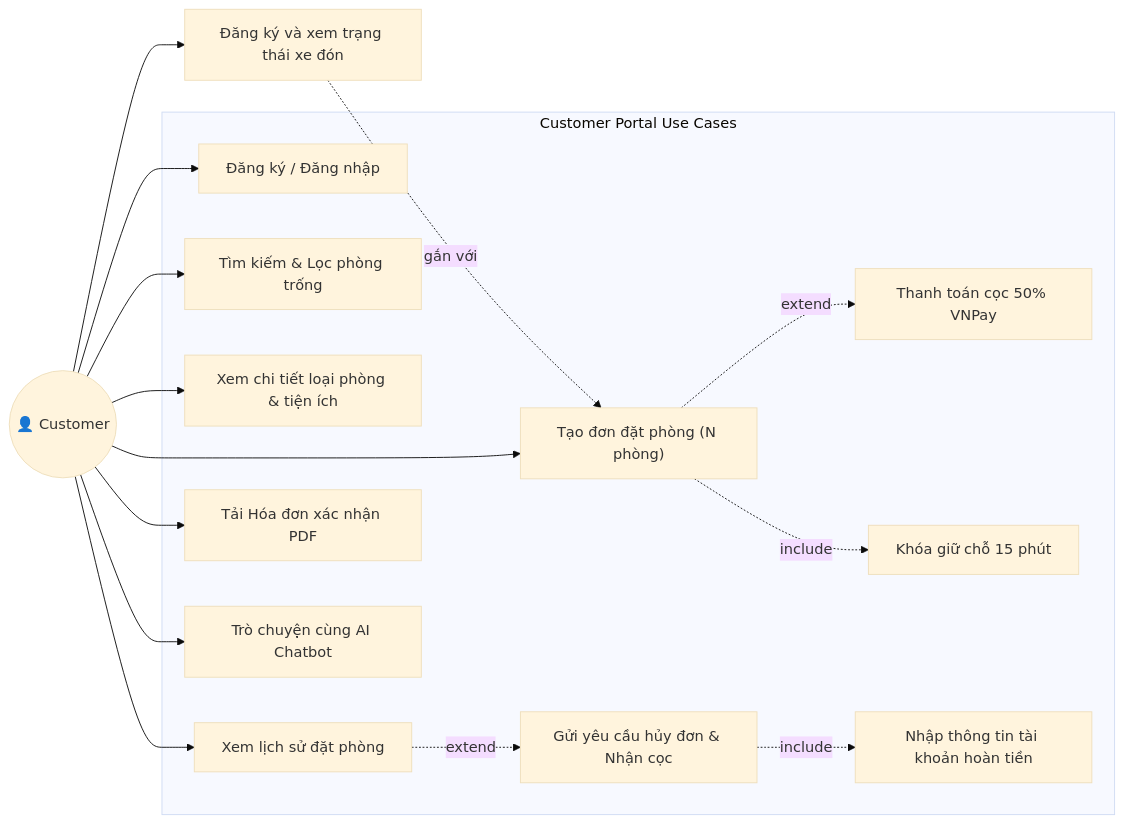
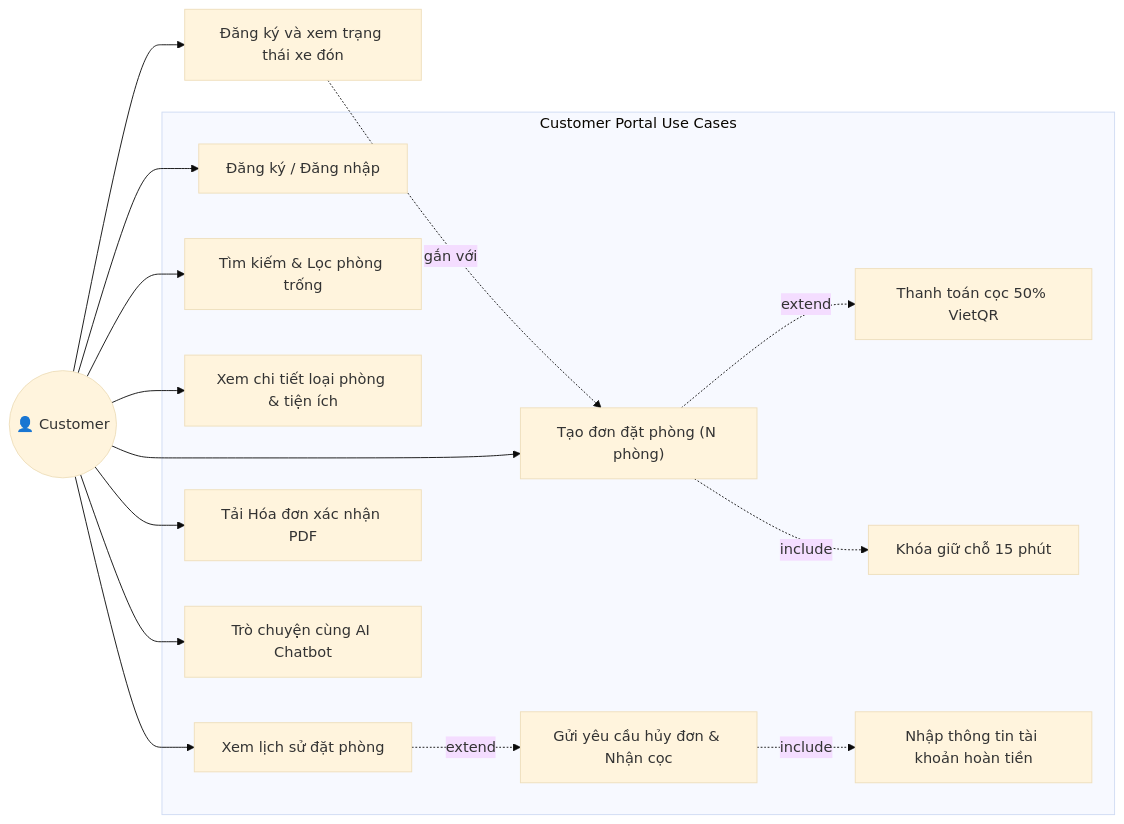
One commit to Huidinne/Hotel-Booking-System_HBS changed the second of 11 diagrams in docs/SRS.md. Above: the diagram before and after it, drawn with Mermaid (base theme). The commit also changed other lines of this file and 4 other files, not shown here.

````diff
--- a/docs/SRS.md
+++ b/docs/SRS.md
@@ -302,33 +302,33 @@
 ```mermaid
 graph LR
     Customer(("👤 Customer"))
 
     subgraph Customer_Portal["Customer Portal Use Cases"]
         UC_C1["Đăng ký / Đăng nhập"]
         UC_C2["Tìm kiếm & Lọc phòng trống"]
         UC_C3["Xem chi tiết loại phòng & tiện ích"]
         UC_C4["Tạo đơn đặt phòng (N phòng)"]
-        UC_C5["Thanh toán cọc 50% VNPay"]
+        UC_C5["Thanh toán cọc 50% VietQR"]
         UC_C6["Xem lịch sử đặt phòng"]
         UC_C7["Gửi yêu cầu hủy đơn & Nhận cọc"]
         UC_C8["Tải Hóa đơn xác nhận PDF"]
         UC_C9["Trò chuyện cùng AI Chatbot"]
         UC_C10["Khóa giữ chỗ 15 phút"]
         UC_C11["Nhập thông tin tài khoản hoàn tiền"]
     end
 
     Customer --> UC_C1
     Customer --> UC_C2
     Customer --> UC_C3
     Customer --> UC_C4
     Customer --> UC_C6
     Customer --> UC_C8
     Customer --> UC_C9
     Customer --> UC_C12["Đăng ký và xem trạng thái xe đón"]
     UC_C12 -.->|gắn với| UC_C4
 
     UC_C4 -.->|include| UC_C10
     UC_C4 -.->|extend| UC_C5
     UC_C6 -.->|extend| UC_C7
     UC_C7 -.->|include| UC_C11
 ```
````
